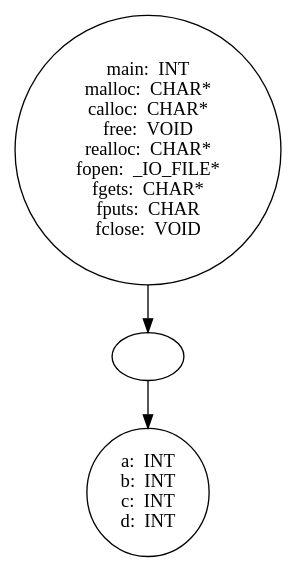
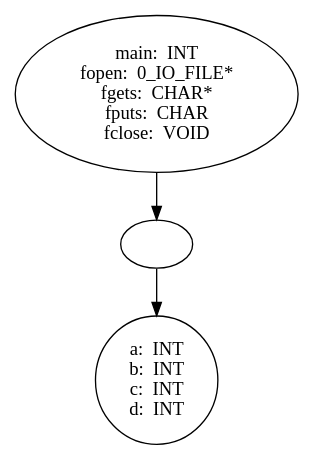
The diagram in example_source_files/3_parenthesis/3_parenthesis_table.dot (Are-you-listening/Compilers), drawn with Graphviz before and after one commit. The commit also changed 413 other files, not shown here.

```diff
--- a/example_source_files/3_parenthesis/3_parenthesis_table.dot
+++ b/example_source_files/3_parenthesis/3_parenthesis_table.dot
@@ -1,18 +1,14 @@
 digraph AST {
-  "138081630635536" [label="main:  INT
-malloc:  CHAR*
-calloc:  CHAR*
-free:  VOID
-realloc:  CHAR*
-fopen:  _IO_FILE*
+  "131879695879472" [label="main:  INT
+fopen:  0_IO_FILE*
 fgets:  CHAR*
 fputs:  CHAR
 fclose:  VOID"];
-  "138081630635536" -> "138081630636208";
-  "138081630636208" [label=""];
-  "138081630636208" -> "138081630635440";
-  "138081630635440" [label="a:  INT
+  "131879695879472" -> "131879695886720";
+  "131879695886720" [label=""];
+  "131879695886720" -> "131879695888496";
+  "131879695888496" [label="a:  INT
 b:  INT
 c:  INT
 d:  INT"];
 }
```
